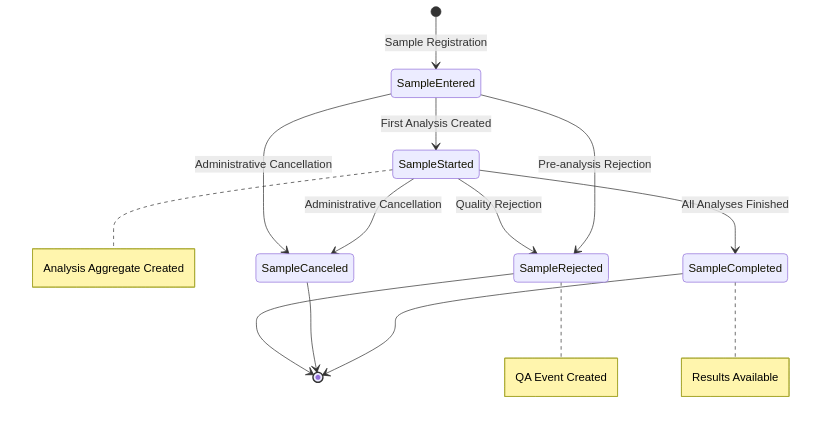
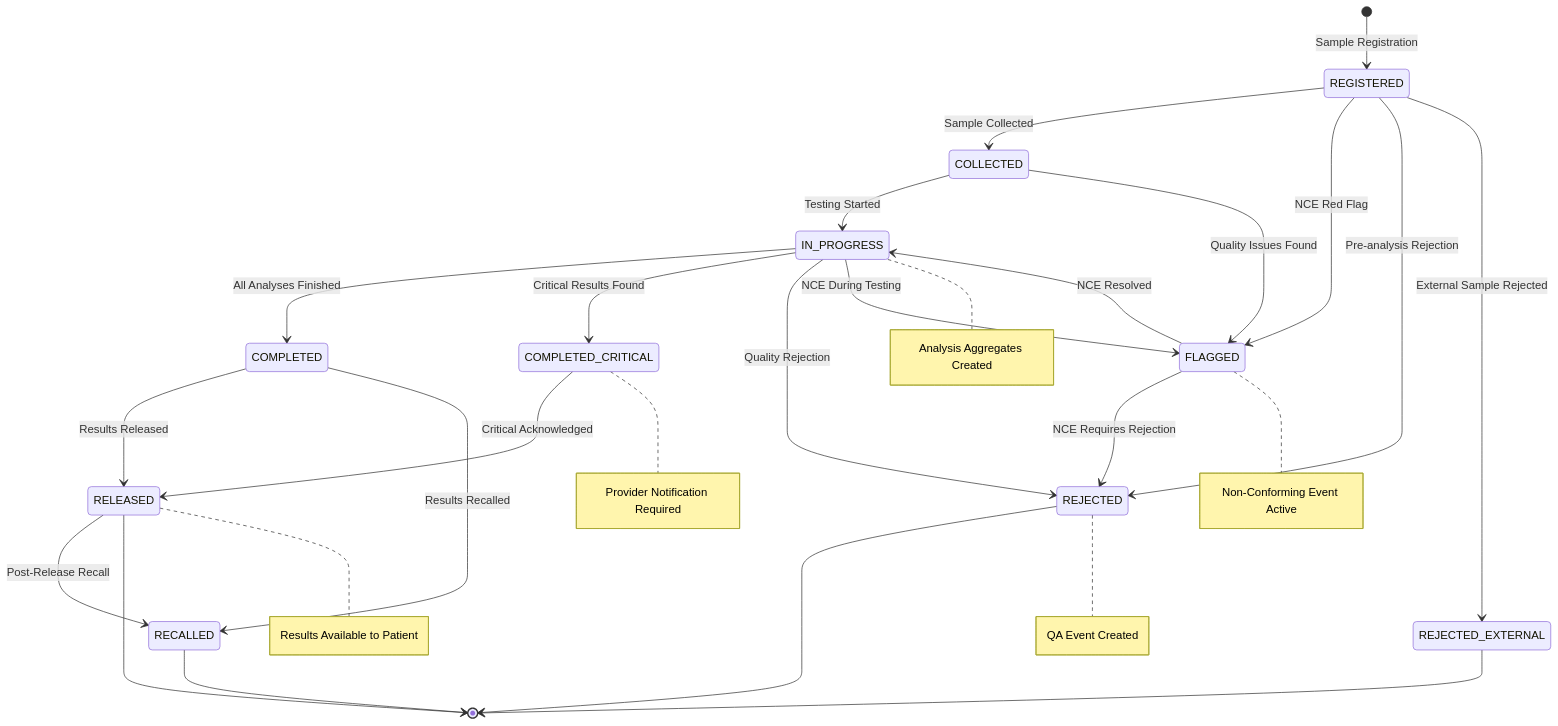
The first of 2 diagrams in docs/code-analysis/event-sourcing/01-sample-aggregate-lifecycle.md (mean-machine-gc/openlis-global-code-analysis), drawn with Mermaid before and after one commit. The commit also changed other lines of this file and 9 other files, not shown here.

````diff
--- a/docs/code-analysis/event-sourcing/01-sample-aggregate-lifecycle.md
+++ b/docs/code-analysis/event-sourcing/01-sample-aggregate-lifecycle.md
@@ -26,17 +26,30 @@
 ```mermaid
 stateDiagram-v2
-    [*] --> SampleEntered : Sample Registration
-    SampleEntered --> SampleStarted : First Analysis Created
-    SampleStarted --> SampleCompleted : All Analyses Finished
-    SampleStarted --> SampleRejected : Quality Rejection
-    SampleEntered --> SampleRejected : Pre-analysis Rejection
-    SampleEntered --> SampleCanceled : Administrative Cancellation
-    SampleStarted --> SampleCanceled : Administrative Cancellation
-    SampleRejected --> [*]
-    SampleCanceled --> [*]
-    SampleCompleted --> [*]
+    [*] --> REGISTERED : Sample Registration
+    REGISTERED --> COLLECTED : Sample Collected
+    REGISTERED --> FLAGGED : NCE Red Flag
+    COLLECTED --> IN_PROGRESS : Testing Started
+    COLLECTED --> FLAGGED : Quality Issues Found
+    IN_PROGRESS --> COMPLETED : All Analyses Finished
+    IN_PROGRESS --> COMPLETED_CRITICAL : Critical Results Found
+    IN_PROGRESS --> REJECTED : Quality Rejection
+    IN_PROGRESS --> FLAGGED : NCE During Testing
+    REGISTERED --> REJECTED : Pre-analysis Rejection
+    REGISTERED --> REJECTED_EXTERNAL : External Sample Rejected
+    FLAGGED --> IN_PROGRESS : NCE Resolved
+    FLAGGED --> REJECTED : NCE Requires Rejection
+    COMPLETED --> RELEASED : Results Released
+    COMPLETED_CRITICAL --> RELEASED : Critical Acknowledged
+    COMPLETED --> RECALLED : Results Recalled
+    RELEASED --> RECALLED : Post-Release Recall
+    REJECTED --> [*]
+    REJECTED_EXTERNAL --> [*]
+    RECALLED --> [*]
+    RELEASED --> [*]
     
-    note right of SampleRejected : QA Event Created
-    note right of SampleStarted : Analysis Aggregate Created
-    note right of SampleCompleted : Results Available
+    note right of FLAGGED : Non-Conforming Event Active
+    note right of REJECTED : QA Event Created
+    note right of IN_PROGRESS : Analysis Aggregates Created
+    note right of COMPLETED_CRITICAL : Provider Notification Required
+    note right of RELEASED : Results Available to Patient
 ```
````
